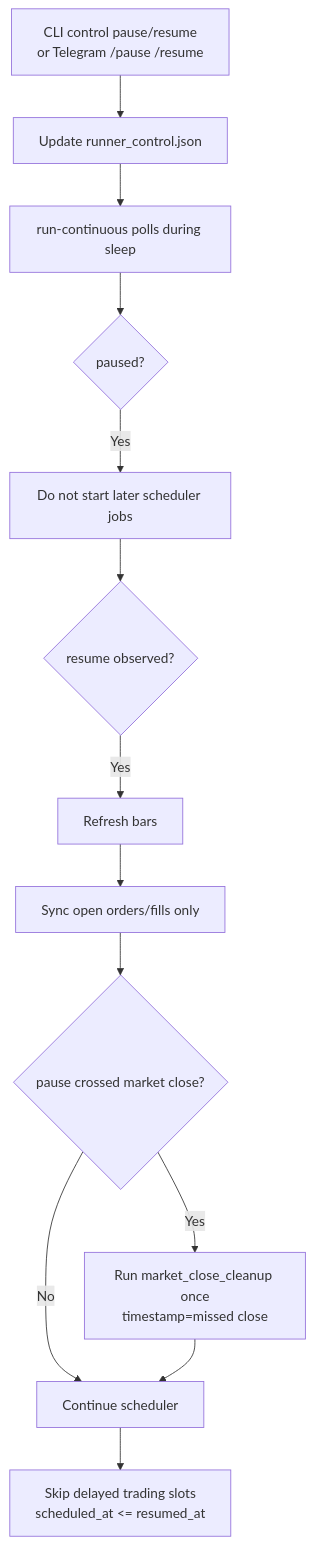
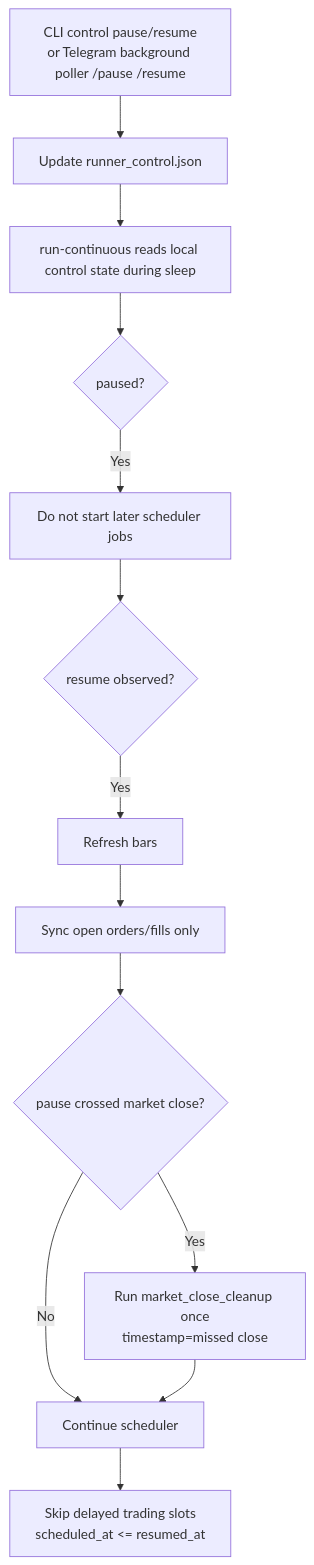
One commit to MQ813/AutoTrade changed the third of 8 diagrams in docs/cli_run_continuous_flow.md. Above: the diagram before and after it, drawn with Mermaid. The commit also changed other lines of this file and 21 other files, not shown here.

Commit message:
Expand runtime Telegram control and notifications

````diff
--- a/docs/cli_run_continuous_flow.md
+++ b/docs/cli_run_continuous_flow.md
@@ -57,15 +58,15 @@
 ```mermaid
 flowchart TD
-    A[CLI control pause/resume<br/>or Telegram /pause /resume] --> B[Update runner_control.json]
-    B --> C[run-continuous polls during sleep]
+    A[CLI control pause/resume<br/>or Telegram background poller /pause /resume] --> B[Update runner_control.json]
+    B --> C[run-continuous reads local control state during sleep]
     C --> D{paused?}
     D -->|Yes| E[Do not start later scheduler jobs]
     E --> F{resume observed?}
     F -->|Yes| G[Refresh bars]
     G --> H[Sync open orders/fills only]
     H --> I{pause crossed market close?}
     I -->|Yes| J[Run market_close_cleanup once<br/>timestamp=missed close]
     I -->|No| K[Continue scheduler]
     J --> K
     K --> L[Skip delayed trading slots<br/>scheduled_at <= resumed_at]
 ```
````
